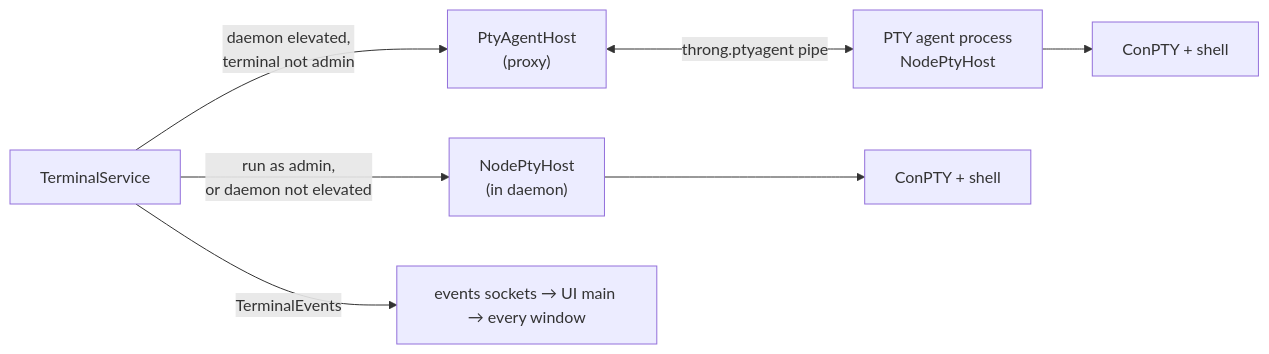
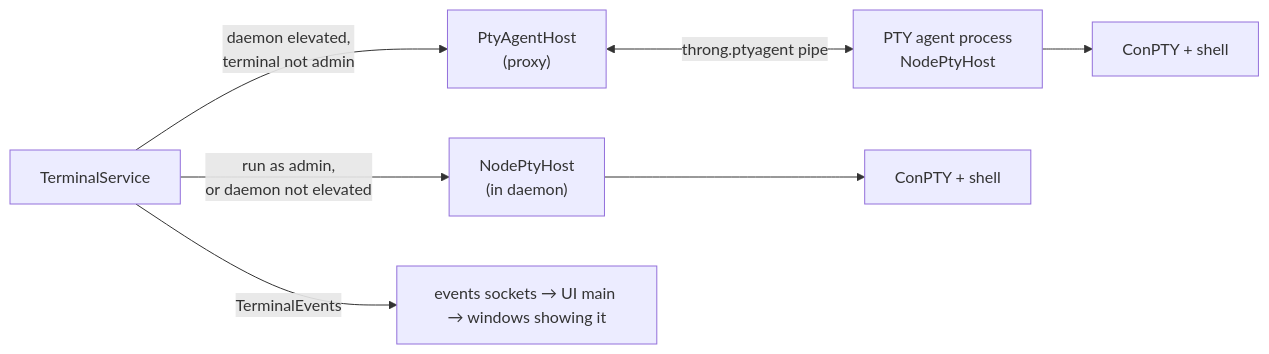
Before and after one commit to Bidthedog/throng: the fourth of 8 diagrams in docs/architecture.md, drawn with Mermaid. The commit also changed other lines of this file and 2 other files, not shown here.

````diff
--- a/docs/architecture.md
+++ b/docs/architecture.md
@@ -389,9 +395,9 @@
 ```mermaid
 flowchart LR
   TS["TerminalService"] -->|"run as admin,<br/>or daemon not elevated"| LH["NodePtyHost<br/>(in daemon)"]
   TS -->|"daemon elevated,<br/>terminal not admin"| AH["PtyAgentHost<br/>(proxy)"]
   AH <-->|"throng.ptyagent pipe"| AG["PTY agent process<br/>NodePtyHost"]
   LH --> C1["ConPTY + shell"]
   AG --> C2["ConPTY + shell"]
-  TS -->|"TerminalEvents"| EV["events sockets → UI main → every window"]
+  TS -->|"TerminalEvents"| EV["events sockets → UI main → windows showing it"]
 ```
````
